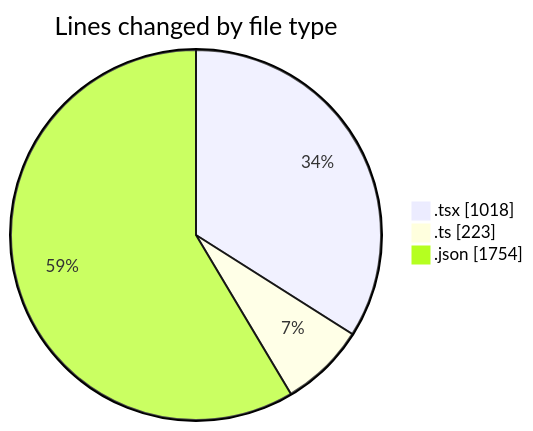
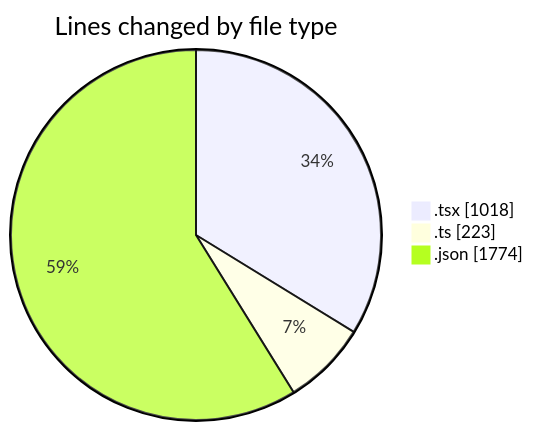
One commit to julien-gomy/code-tracking changed the first of 2 diagrams in 2025-10-31/eventscop-frontend-guide__workspace_/README.md. Above: the diagram before and after it, drawn with Mermaid. The commit also changed other lines of this file and 1 other file, not shown here.

````diff
--- a/2025-10-31/eventscop-frontend-guide__workspace_/README.md
+++ b/2025-10-31/eventscop-frontend-guide__workspace_/README.md
@@ -27,7 +27,7 @@
 ```mermaid
 pie showData
 title Lines changed by file type
 ".tsx" : 1018
 ".ts" : 223
-".json" : 1754
+".json" : 1774
 ```
````
